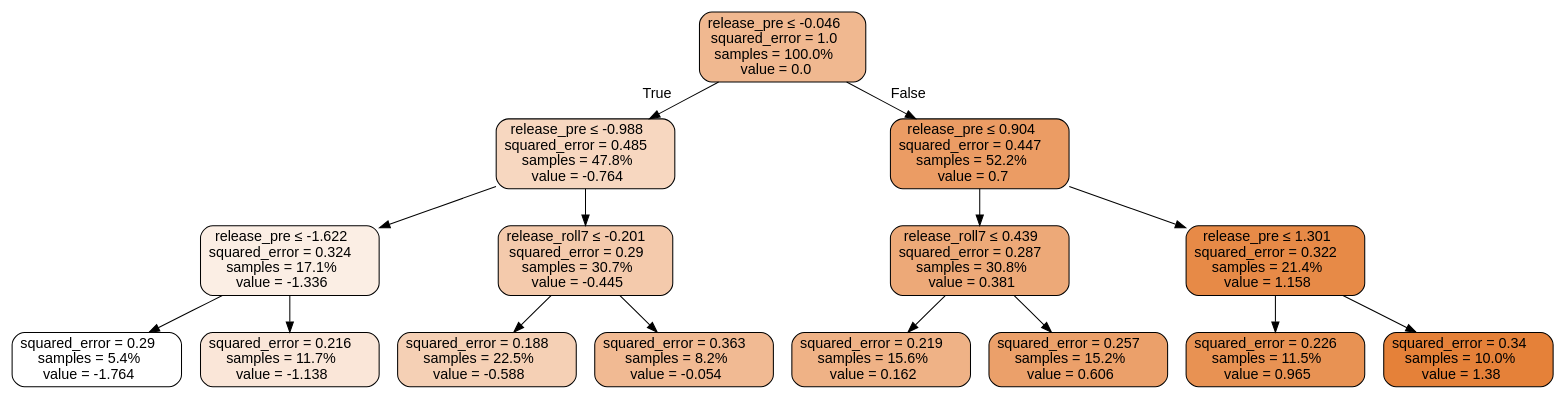
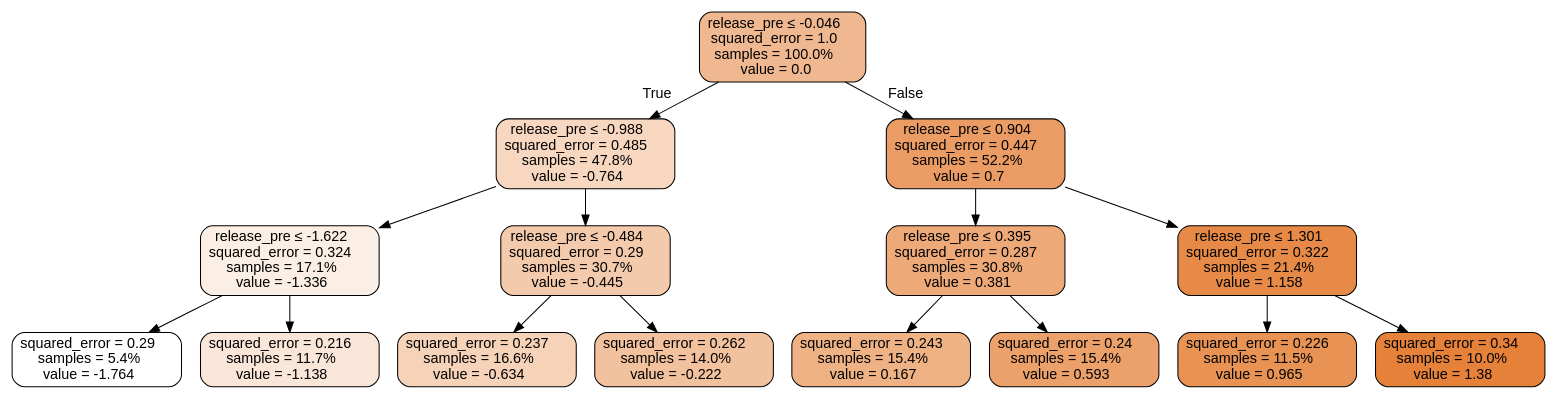
The diagram in results/basin_eval/lower_col/treed_model/tree.dot (lcford2/predict-release), drawn with Graphviz before and after one commit. The commit also changed 23 other files, not shown here.

```diff
--- a/results/basin_eval/lower_col/treed_model/tree.dot
+++ b/results/basin_eval/lower_col/treed_model/tree.dot
@@ -1,33 +1,33 @@
 digraph Tree {
 node [shape=box, style="filled, rounded", color="black", fontname="helvetica"] ;
 edge [fontname="helvetica"] ;
 0 [label=<release_pre &le; -0.046<br/>squared_error = 1.0<br/>samples = 100.0%<br/>value = 0.0>, fillcolor="#f0b890"] ;
 1 [label=<release_pre &le; -0.988<br/>squared_error = 0.485<br/>samples = 47.8%<br/>value = -0.764>, fillcolor="#f7d7c0"] ;
 0 -> 1 [labeldistance=2.5, labelangle=45, headlabel="True"] ;
 2 [label=<release_pre &le; -1.622<br/>squared_error = 0.324<br/>samples = 17.1%<br/>value = -1.336>, fillcolor="#fbeee4"] ;
 1 -> 2 ;
 3 [label=<squared_error = 0.29<br/>samples = 5.4%<br/>value = -1.764>, fillcolor="#ffffff"] ;
 2 -> 3 ;
 4 [label=<squared_error = 0.216<br/>samples = 11.7%<br/>value = -1.138>, fillcolor="#fae6d8"] ;
 2 -> 4 ;
-5 [label=<release_roll7 &le; -0.201<br/>squared_error = 0.29<br/>samples = 30.7%<br/>value = -0.445>, fillcolor="#f4caac"] ;
+5 [label=<release_pre &le; -0.484<br/>squared_error = 0.29<br/>samples = 30.7%<br/>value = -0.445>, fillcolor="#f4caac"] ;
 1 -> 5 ;
-6 [label=<squared_error = 0.188<br/>samples = 22.5%<br/>value = -0.588>, fillcolor="#f5d0b5"] ;
+6 [label=<squared_error = 0.237<br/>samples = 16.6%<br/>value = -0.634>, fillcolor="#f6d2b8"] ;
 5 -> 6 ;
-7 [label=<squared_error = 0.363<br/>samples = 8.2%<br/>value = -0.054>, fillcolor="#f1ba93"] ;
+7 [label=<squared_error = 0.262<br/>samples = 14.0%<br/>value = -0.222>, fillcolor="#f2c19e"] ;
 5 -> 7 ;
 8 [label=<release_pre &le; 0.904<br/>squared_error = 0.447<br/>samples = 52.2%<br/>value = 0.7>, fillcolor="#eb9c64"] ;
 0 -> 8 [labeldistance=2.5, labelangle=-45, headlabel="False"] ;
-9 [label=<release_roll7 &le; 0.439<br/>squared_error = 0.287<br/>samples = 30.8%<br/>value = 0.381>, fillcolor="#eda978"] ;
+9 [label=<release_pre &le; 0.395<br/>squared_error = 0.287<br/>samples = 30.8%<br/>value = 0.381>, fillcolor="#eda978"] ;
 8 -> 9 ;
-10 [label=<squared_error = 0.219<br/>samples = 15.6%<br/>value = 0.162>, fillcolor="#efb286"] ;
+10 [label=<squared_error = 0.243<br/>samples = 15.4%<br/>value = 0.167>, fillcolor="#efb285"] ;
 9 -> 10 ;
-11 [label=<squared_error = 0.257<br/>samples = 15.2%<br/>value = 0.606>, fillcolor="#eba06a"] ;
+11 [label=<squared_error = 0.24<br/>samples = 15.4%<br/>value = 0.593>, fillcolor="#eca16b"] ;
 9 -> 11 ;
 12 [label=<release_pre &le; 1.301<br/>squared_error = 0.322<br/>samples = 21.4%<br/>value = 1.158>, fillcolor="#e78a47"] ;
 8 -> 12 ;
 13 [label=<squared_error = 0.226<br/>samples = 11.5%<br/>value = 0.965>, fillcolor="#e89253"] ;
 12 -> 13 ;
 14 [label=<squared_error = 0.34<br/>samples = 10.0%<br/>value = 1.38>, fillcolor="#e58139"] ;
 12 -> 14 ;
 }
```
